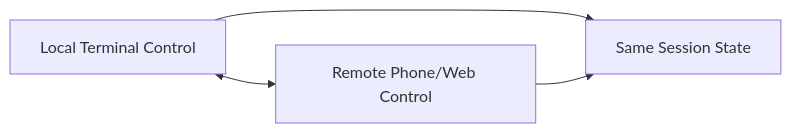
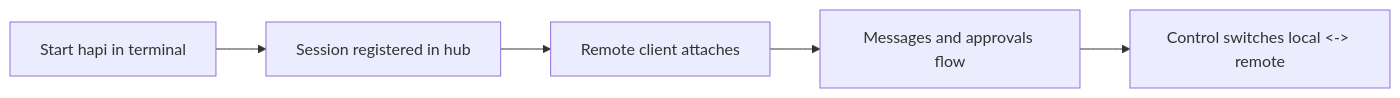
One commit to johnxie/awesome-code-docs changed the diagram in tutorials/hapi-tutorial/03-session-lifecycle-and-handoff.md. Above: the diagram before and after it, drawn with Mermaid. The commit also changed other lines of this file and 7 other files, not shown here.

````diff
--- a/tutorials/hapi-tutorial/03-session-lifecycle-and-handoff.md
+++ b/tutorials/hapi-tutorial/03-session-lifecycle-and-handoff.md
@@ -22,6 +14,7 @@
 ```mermaid
 graph LR
-    L[Local Terminal Control] <--> R[Remote Phone/Web Control]
-    L --> S[Same Session State]
-    R --> S
+    A[Start hapi in terminal] --> B[Session registered in hub]
+    B --> C[Remote client attaches]
+    C --> D[Messages and approvals flow]
+    D --> E[Control switches local <-> remote]
 ```
````
